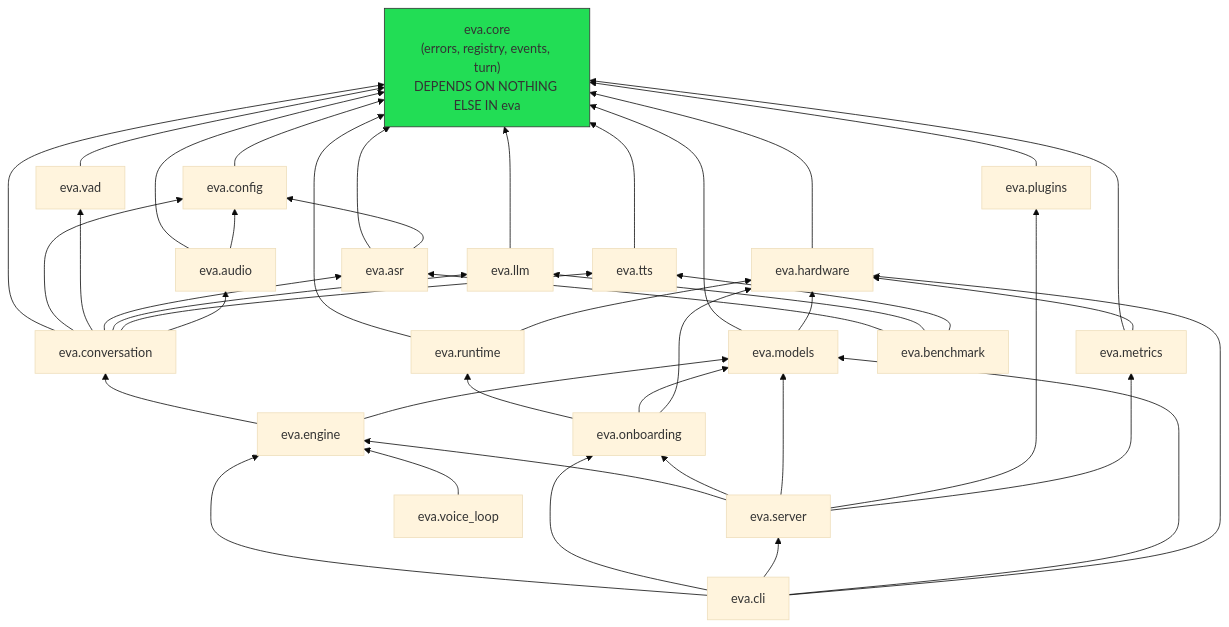
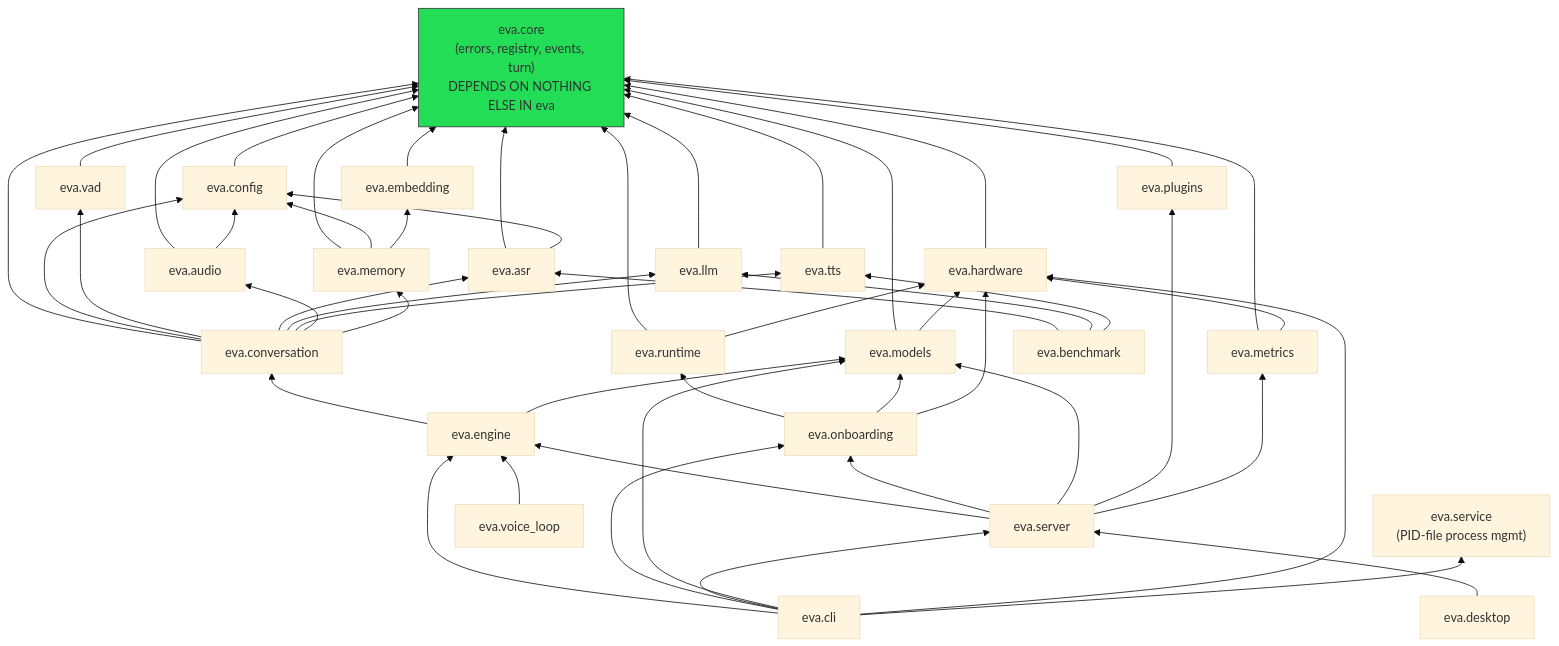
One commit to FahadiF/Edge-Voice-Assistant changed the second of 13 diagrams in docs/ARCHITECTURE_DIAGRAMS.md. Above: the diagram before and after it, drawn with Mermaid (base theme). The commit also changed other lines of this file and 10 other files, not shown here.

````diff
--- a/docs/ARCHITECTURE_DIAGRAMS.md
+++ b/docs/ARCHITECTURE_DIAGRAMS.md
@@ -85,6 +91,8 @@
     Runtime["eva.runtime"]
     Plugins["eva.plugins"]
     Metrics["eva.metrics"]
+    MemoryPkg["eva.memory"]
+    EmbeddingPkg["eva.embedding"]
 
     Conversation["eva.conversation"]
 
@@ -95,6 +103,8 @@
     Server["eva.server"]
     CliMod["eva.cli"]
     VoiceLoop["eva.voice_loop"]
+    Service["eva.service\n(PID-file process mgmt)"]
+    DesktopMod["eva.desktop"]
 
     Config --> Core
     Hardware --> Core
@@ -112,6 +122,9 @@
     Plugins --> Core
     Metrics --> Core
     Metrics --> Hardware
+    MemoryPkg --> Core
+    MemoryPkg --> Config
+    EmbeddingPkg --> Core
 
     Conversation --> Core
     Conversation --> Config
@@ -120,6 +133,8 @@
     Conversation --> LLM
     Conversation --> TTS
     Conversation --> Audio
+    Conversation --> MemoryPkg
+    MemoryPkg --> EmbeddingPkg
 
     Engine --> Conversation
     Engine --> Models
@@ -141,8 +156,10 @@
     CliMod --> Server
     CliMod --> Models
     CliMod --> Hardware
+    CliMod --> Service
 
     VoiceLoop --> Engine
+    DesktopMod --> Server
 
     style Core fill:#2d5,stroke:#333
 ```
````
